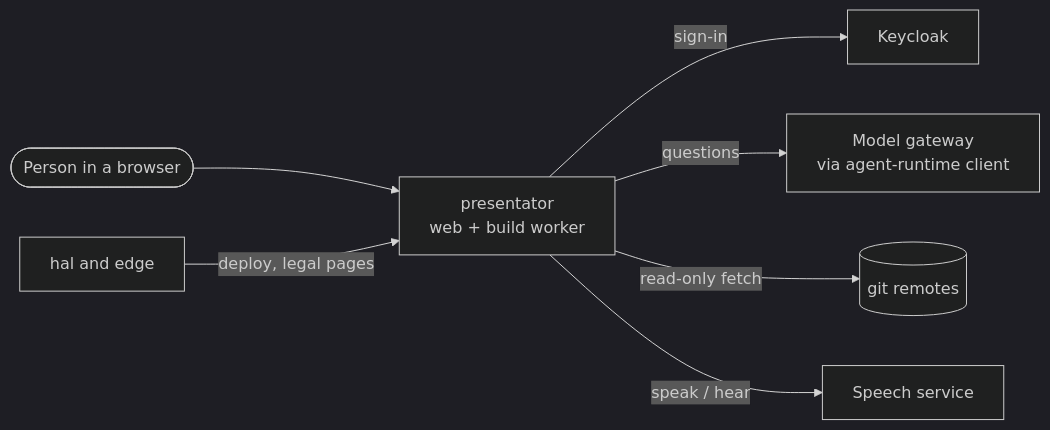
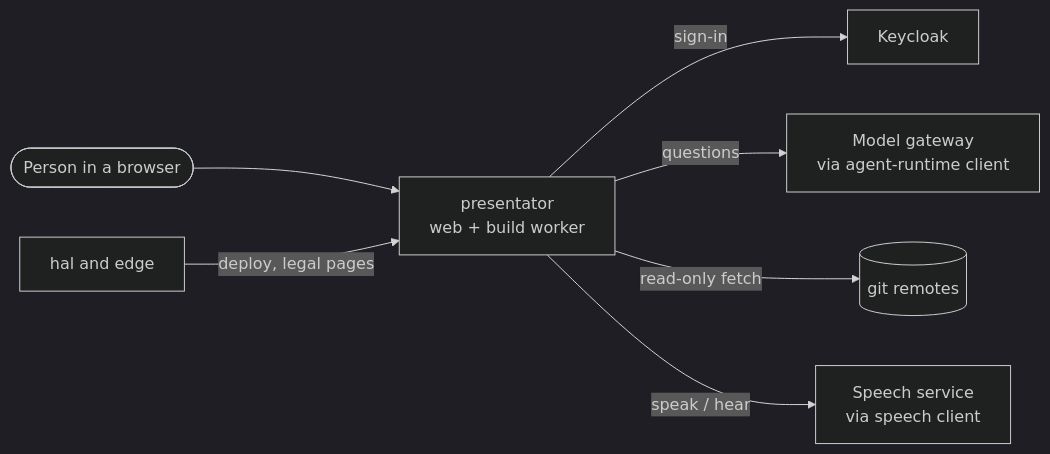
The first of 3 diagrams in docs/ARCHITECTURE.md (overnightworks/presentator), drawn with Mermaid (dark theme) before and after one commit. The commit also changed other lines of this file and 42 other files, not shown here.

First line of the commit message:
The co-presenter speaks and hears through the speech client v0.5.0 (#911)

````diff
--- a/docs/ARCHITECTURE.md
+++ b/docs/ARCHITECTURE.md
@@ -14,10 +14,10 @@
 ```mermaid
 flowchart LR
     person([Person in a browser]) --> presentator
     presentator[presentator<br/>web + build worker]
     presentator -- sign-in --> keycloak[Keycloak]
     presentator -- questions --> gateway[Model gateway<br/>via agent-runtime client]
     presentator -- read-only fetch --> git[(git remotes)]
-    presentator -- speak / hear --> speech[Speech service]
+    presentator -- speak / hear --> speech[Speech service<br/>via speech client]
     hal[hal and edge] -- deploy, legal pages --> presentator
 ```
````
